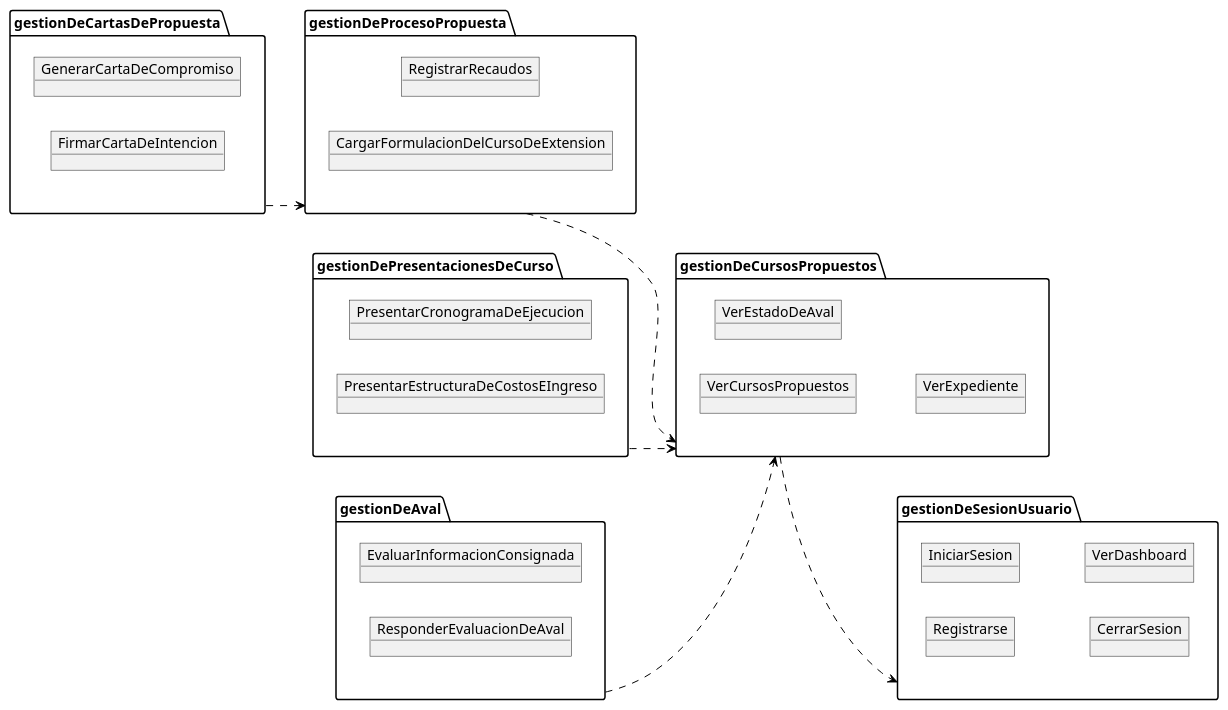
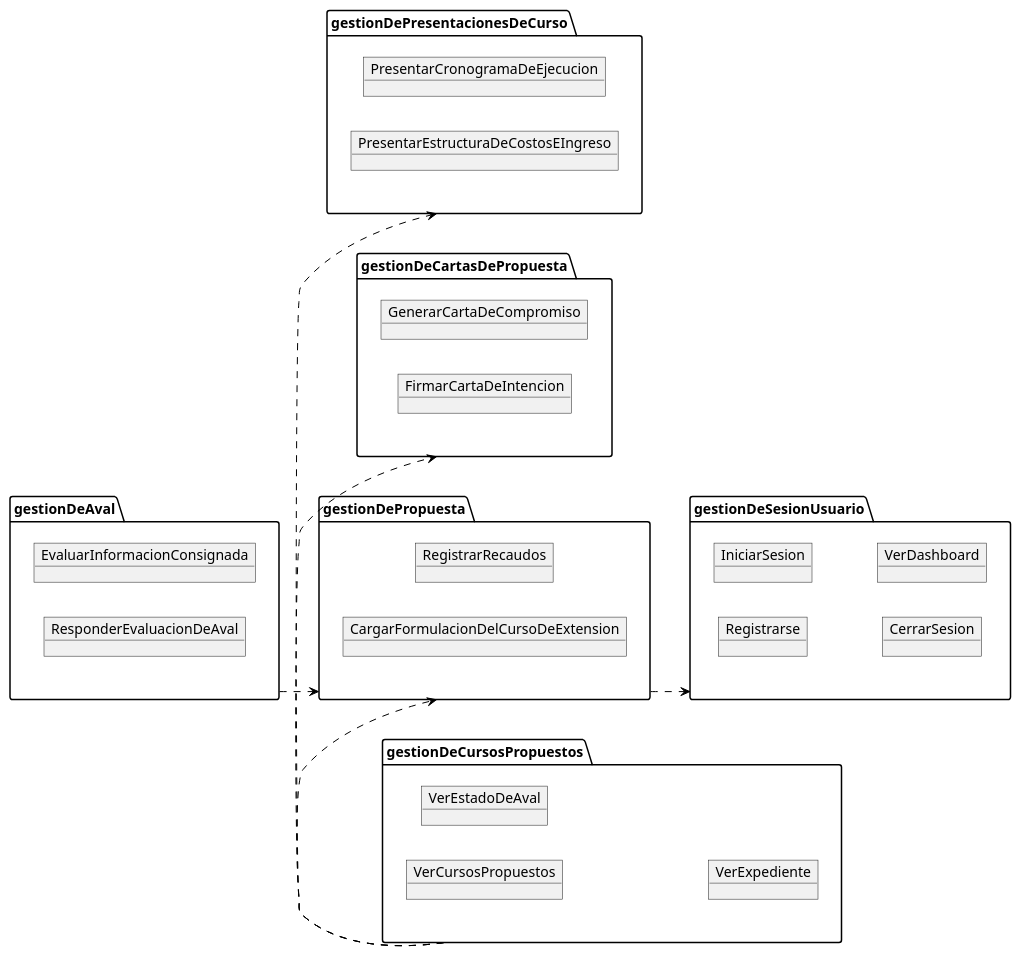
One commit to Samantha-Ramirez/ProyectoEquipo7ING changed the diagram in docs/logicalView/DisciplinaDeAnalisis/DiagramaDePaquetes.plantUML. Above: the diagram before and after it, drawn with PlantUML. The commit also changed 5 other files, not shown here.

Commit message:
Cambios en diagramas 3107

```diff
--- a/docs/logicalView/DisciplinaDeAnalisis/DiagramaDePaquetes.plantUML
+++ b/docs/logicalView/DisciplinaDeAnalisis/DiagramaDePaquetes.plantUML
@@ -1,54 +1,53 @@
 @startuml DiagramaDePaquetes
 left to right direction
 
 ' package "gestionDeCursos" as G_cursos{
 '     object CursoDeExtension
 ' } 
 
 package "gestionDeCursosPropuestos" as G_cursosPropuestos{
     object VerCursosPropuestos
     object VerEstadoDeAval
     object VerExpediente
 }
 
-package "gestionDeProcesoPropuesta" as G_propuesta{
+package "gestionDePropuesta" as G_propuesta{
     object RegistrarRecaudos
     object CargarFormulacionDelCursoDeExtension
 }
 
 package "gestionDePresentacionesDeCurso" as G_presentaciones{
     object PresentarCronogramaDeEjecucion
     object PresentarEstructuraDeCostosEIngreso
 }
 
 package "gestionDeAval" as G_aval{
     object EvaluarInformacionConsignada
     object ResponderEvaluacionDeAval
 }
 
 package "gestionDeCartasDePropuesta" as G_cartas{
     object GenerarCartaDeCompromiso
     object FirmarCartaDeIntencion
 }
 
 
 package "gestionDeSesionUsuario" as G_user {
     object Registrarse
     object IniciarSesion
     object CerrarSesion
     object VerDashboard
 }
 
-G_cursosPropuestos -d-> G_user #Black;line.dashed;
+G_propuesta -d-> G_user #Black;line.dashed;
 ' G_cursosPropuestos --> G_cursos #Black;line.dashed;
 
-
-G_presentaciones -d-> G_cursosPropuestos #Black;line.dashed;
-G_aval -d-> G_cursosPropuestos #Black;line.dashed;
-G_propuesta -d-> G_cursosPropuestos #Black;line.dashed;
-G_cartas -d-> G_propuesta #Black;line.dashed;
+G_cursosPropuestos -> G_propuesta #Black;line.dashed;
+G_cursosPropuestos -> G_cartas #Black;line.dashed;
+G_cursosPropuestos -> G_presentaciones #Black;line.dashed;
+G_aval -d-> G_propuesta #Black;line.dashed;
 ' G_aval --> G_user #Black;line.dashed;
 ' G_cursosPropuestos ----> G_user #Black;line.dashed;
 ' G_propuesta ------> G_user #Black;line.dashed;
 
 @enduml
```
